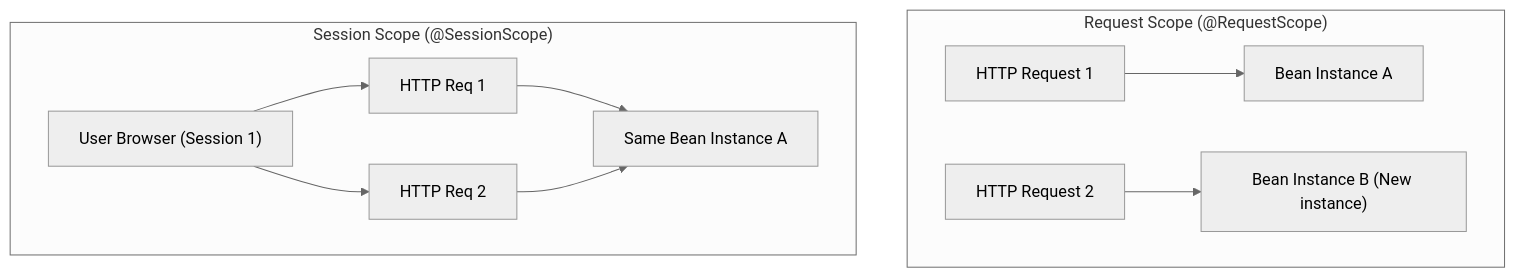
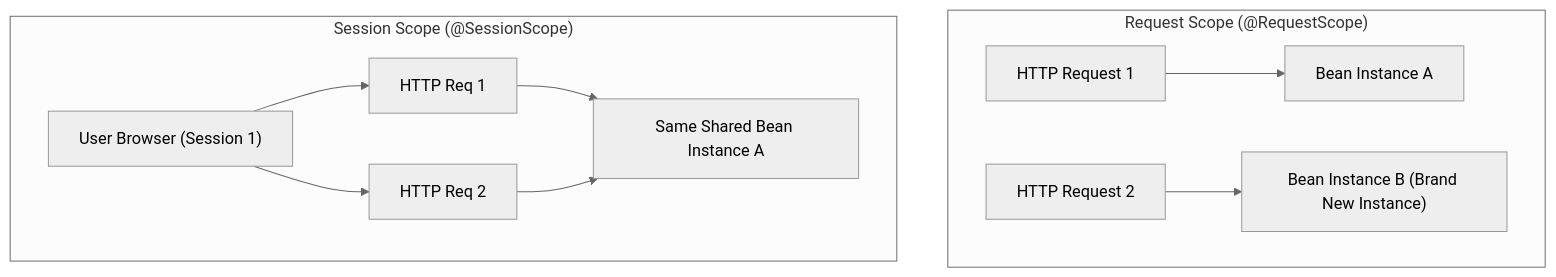
Before and after one commit to rohithgowda18/Notes: the ninth of 23 diagrams in 06-Java-and-Spring-Boot/Spring Boot Interview Guide.md, drawn with Mermaid (neutral theme). The commit also changed other lines of this file, not shown here.

````diff
--- a/06-Java-and-Spring-Boot/Spring Boot Interview Guide.md
+++ b/06-Java-and-Spring-Boot/Spring Boot Interview Guide.md
@@ -530,11 +582,11 @@
 ```mermaid
 flowchart TD
     subgraph RequestScope ["Request Scope (@RequestScope)"]
         R1["HTTP Request 1"] --> B1["Bean Instance A"]
-        R2["HTTP Request 2"] --> B2["Bean Instance B (New instance)"]
+        R2["HTTP Request 2"] --> B2["Bean Instance B (Brand New Instance)"]
     end
 
     subgraph SessionScope ["Session Scope (@SessionScope)"]
-        U1["User Browser (Session 1)"] --> S1["HTTP Req 1"] & S2["HTTP Req 2"] --> BS1["Same Bean Instance A"]
+        U1["User Browser (Session 1)"] --> S1["HTTP Req 1"] & S2["HTTP Req 2"] --> BS1["Same Shared Bean Instance A"]
     end
 ```
````
